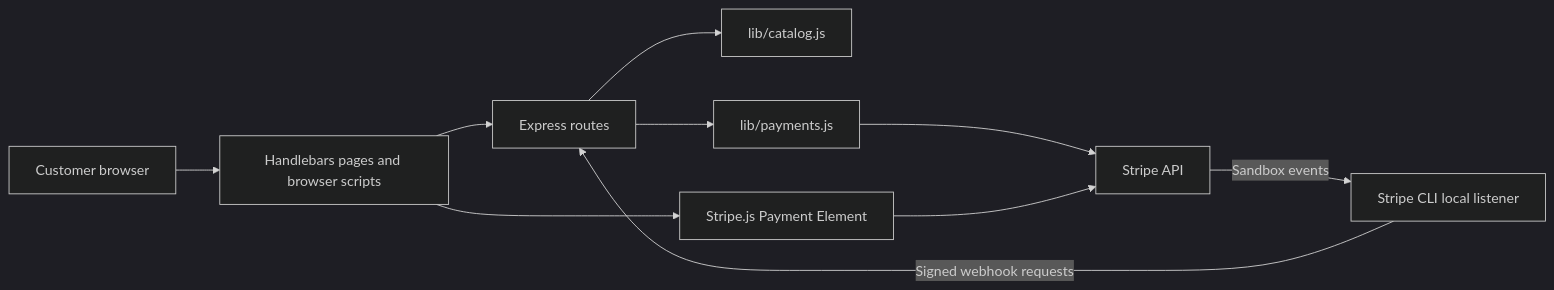
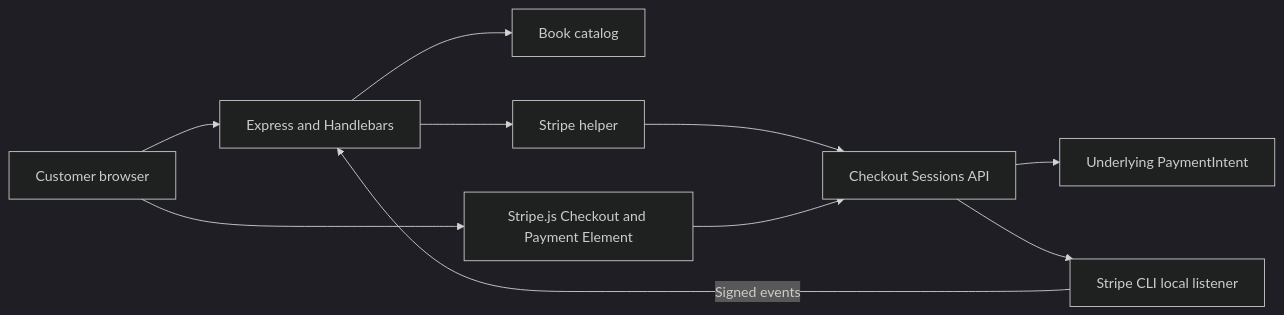
The first of 4 diagrams in docs/design.md (rifahmirzaa/sa-takehome-project-node), drawn with Mermaid (dark theme) before and after one commit. The commit also changed other lines of this file and 2 other files, not shown here.

Commit message:
update setup and diagrams for Checkout Sessions

````diff
--- a/docs/design.md
+++ b/docs/design.md
@@ -9,20 +9,12 @@
 ```mermaid
 flowchart LR
-    Buyer[Customer browser]
-    UI[Handlebars pages and browser scripts]
-    App[Express routes]
-    Catalog[lib/catalog.js]
-    Payments[lib/payments.js]
-    Element[Stripe.js Payment Element]
-    Stripe[Stripe API]
-    Buyer --> UI
-    UI --> App
-    UI --> Element
-    App --> Catalog
-    App --> Payments
-    Payments --> Stripe
-    Element --> Stripe
-    CLI[Stripe CLI local listener]
-    Stripe -->|Sandbox events| CLI
-    CLI -->|Signed webhook requests| App
+    Browser[Customer browser] --> App[Express and Handlebars]
+    App --> Catalog[Book catalog]
+    App --> Helper[Stripe helper]
+    Helper --> Sessions[Checkout Sessions API]
+    Browser --> Element[Stripe.js Checkout and Payment Element]
+    Element --> Sessions
+    Sessions --> Intent[Underlying PaymentIntent]
+    Sessions --> CLI[Stripe CLI local listener]
+    CLI -->|Signed events| App
 ```
````
